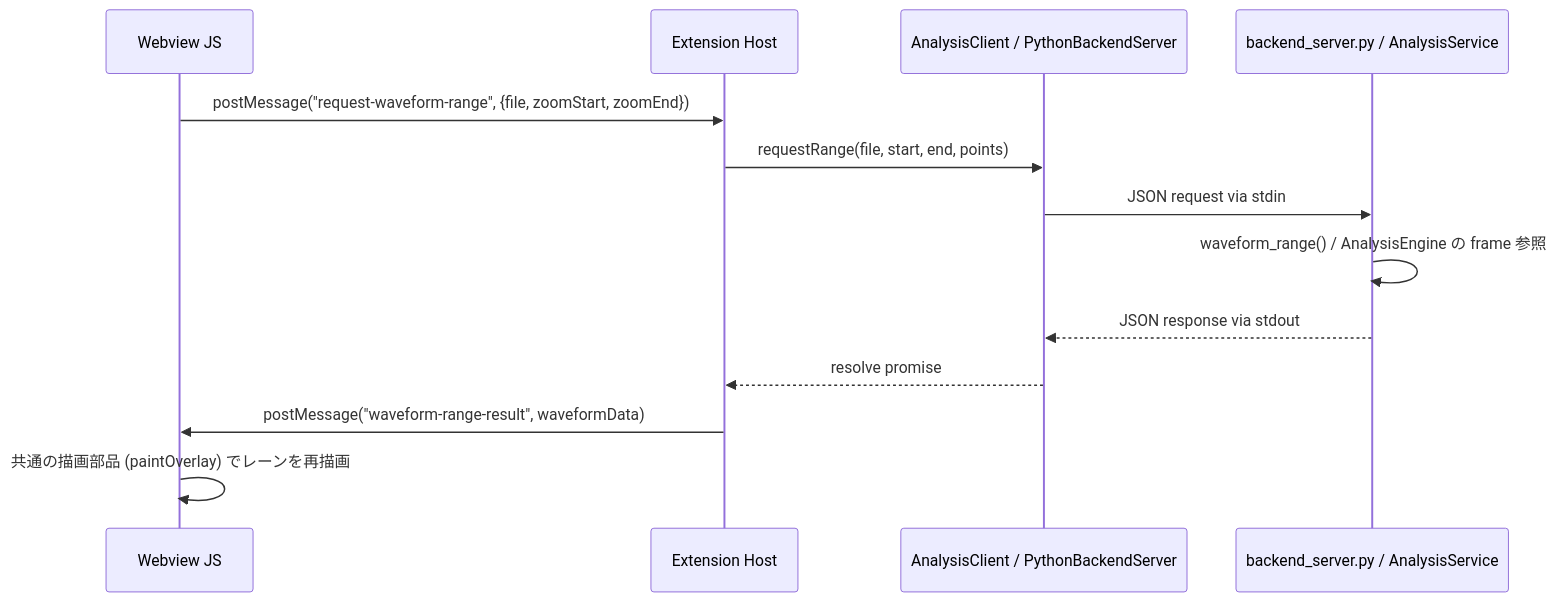
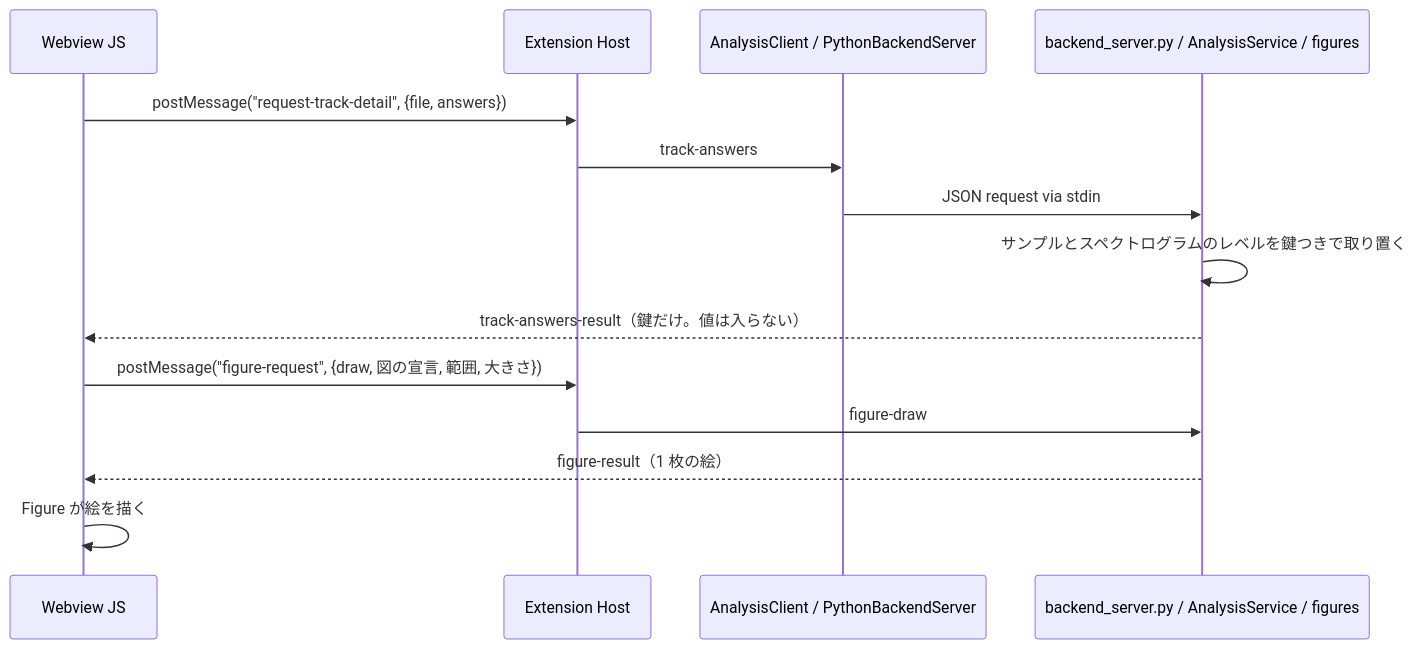
The second of 2 diagrams in docs/architecture.md (kasahart/audio-wandas-analyzer), drawn with Mermaid before and after one commit. The commit also changed other lines of this file and 609 other files, not shown here.

First line of the commit message:
Rebuild every figure in three layers (#805)

````diff
--- a/docs/architecture.md
+++ b/docs/architecture.md
@@ -328,16 +303,17 @@
 ```mermaid
 sequenceDiagram
     participant W as Webview JS
     participant E as Extension Host
     participant WS as AnalysisClient / PythonBackendServer
-    participant P as backend_server.py / AnalysisService
+    participant P as backend_server.py / AnalysisService / figures
 
-    W->>E: postMessage("request-waveform-range", {file, zoomStart, zoomEnd})
-    E->>WS: requestRange(file, start, end, points)
+    W->>E: postMessage("request-track-detail", {file, answers})
+    E->>WS: track-answers
     WS->>P: JSON request via stdin
-    P->>P: waveform_range() / AnalysisEngine の frame 参照
-    P-->>WS: JSON response via stdout
-    WS-->>E: resolve promise
-    E->>W: postMessage("waveform-range-result", waveformData)
-    W->>W: 共通の描画部品 (paintOverlay) でレーンを再描画
+    P->>P: サンプルとスペクトログラムのレベルを鍵つきで取り置く
+    P-->>W: track-answers-result（鍵だけ。値は入らない）
+    W->>E: postMessage("figure-request", {draw, 図の宣言, 範囲, 大きさ})
+    E->>P: figure-draw
+    P-->>W: figure-result（1 枚の絵）
+    W->>W: Figure が絵を描く
 ```
````
